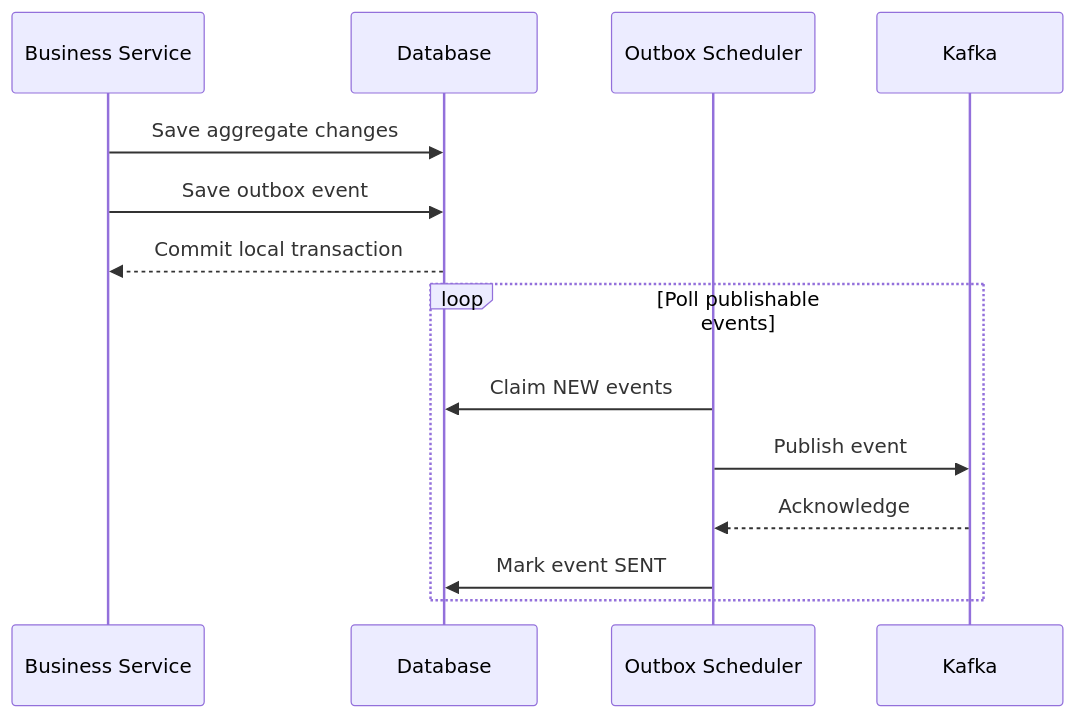
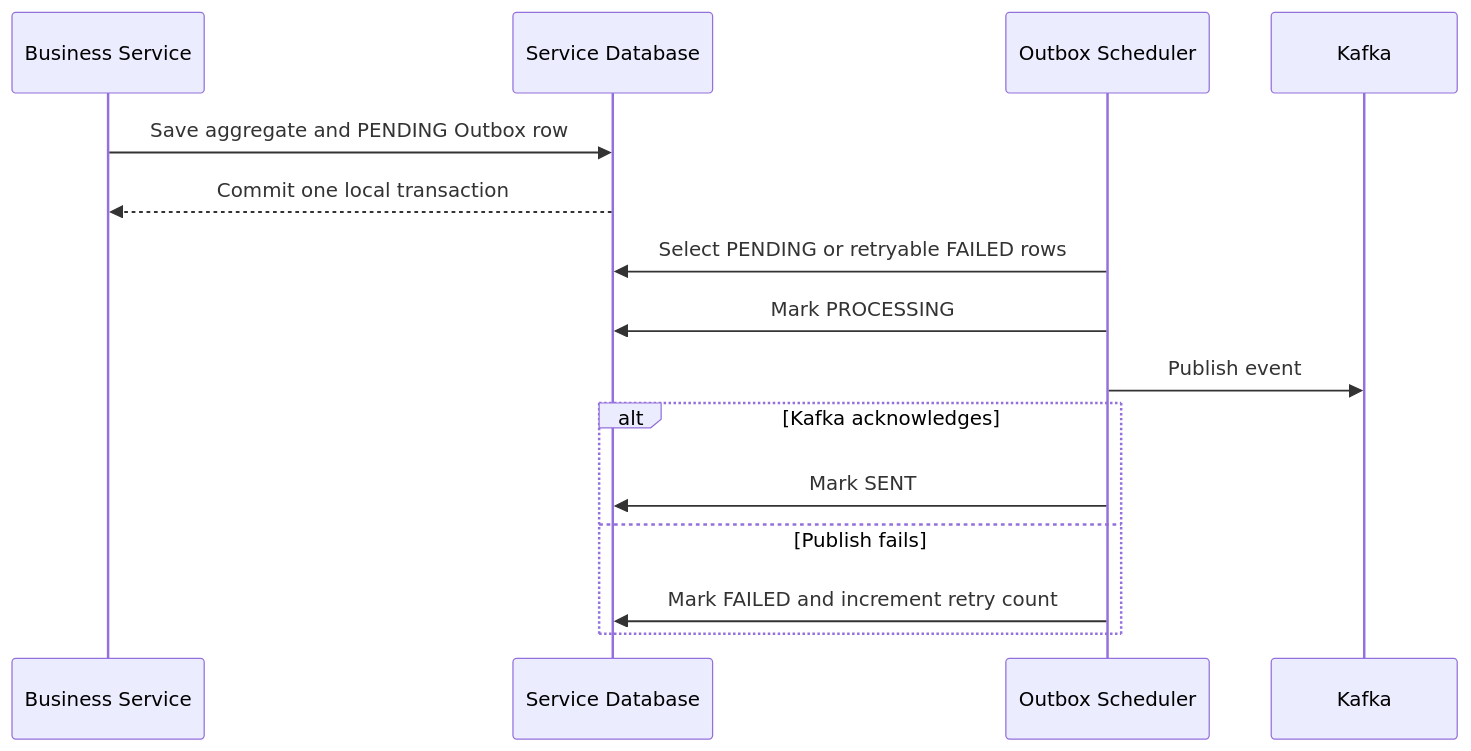
Before and after one commit to HuyKunNe/cinema-system: the seventh of 15 diagrams in docs/13_SEQUENCE_DIAGRAMS.md, drawn with Mermaid. The commit also changed other lines of this file and 17 other files, not shown here.

````diff
--- a/docs/13_SEQUENCE_DIAGRAMS.md
+++ b/docs/13_SEQUENCE_DIAGRAMS.md
@@ -134,18 +203,19 @@
 ```mermaid
 sequenceDiagram
     participant Service as Business Service
-    participant Database
+    participant DB as Service Database
     participant Scheduler as Outbox Scheduler
     participant Kafka
 
-    Service->>Database: Save aggregate changes
-    Service->>Database: Save outbox event
-    Database-->>Service: Commit local transaction
+    Service->>DB: Save aggregate and PENDING Outbox row
+    DB-->>Service: Commit one local transaction
+    Scheduler->>DB: Select PENDING or retryable FAILED rows
+    Scheduler->>DB: Mark PROCESSING
+    Scheduler->>Kafka: Publish event
 
-    loop Poll publishable events
-        Scheduler->>Database: Claim NEW events
-        Scheduler->>Kafka: Publish event
-        Kafka-->>Scheduler: Acknowledge
-        Scheduler->>Database: Mark event SENT
+    alt Kafka acknowledges
+        Scheduler->>DB: Mark SENT
+    else Publish fails
+        Scheduler->>DB: Mark FAILED and increment retry count
     end
 ```
````
